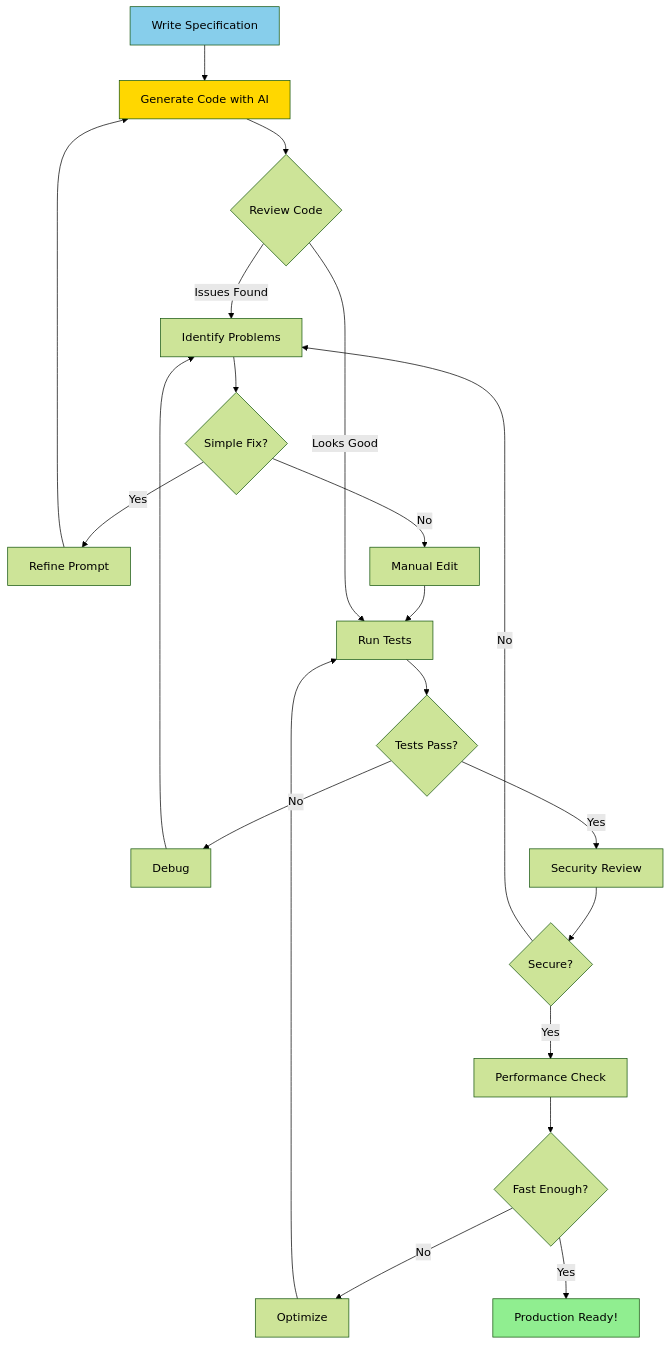
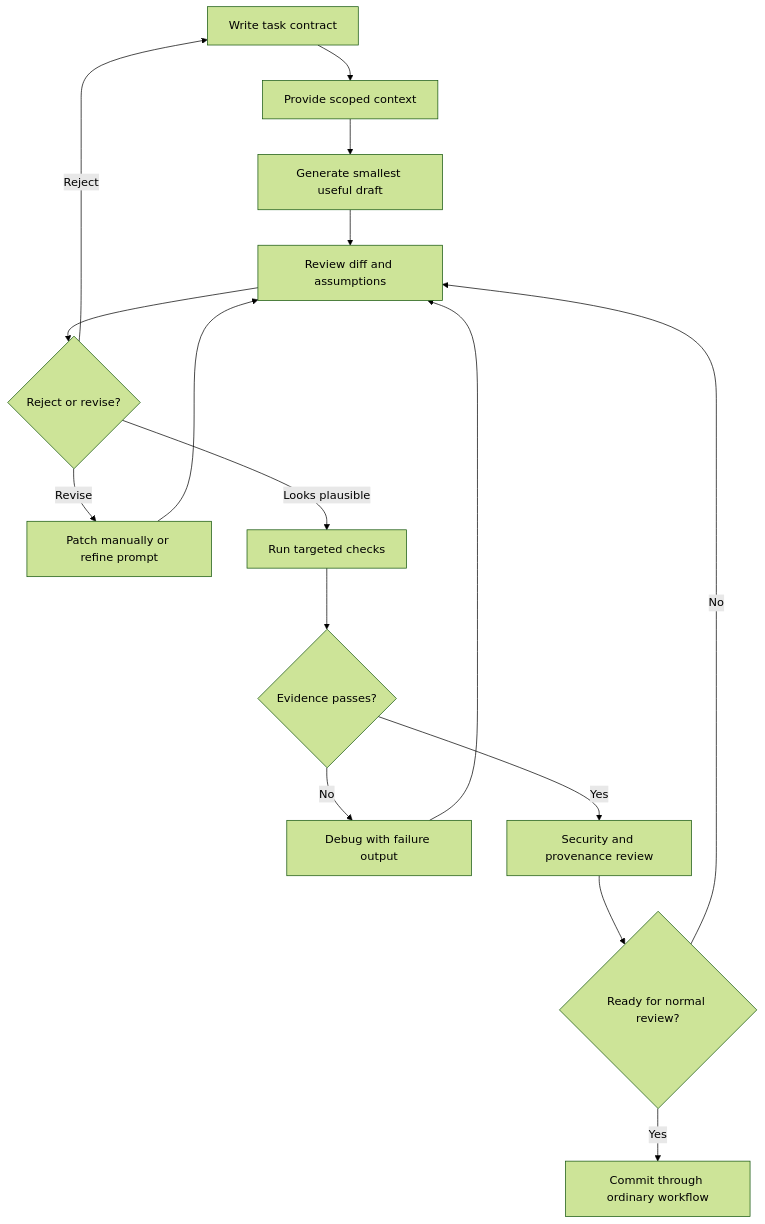
Before and after one commit to kube-dojo/kube-dojo: the diagram in src/content/docs/ai-ml-engineering/ai-native-development/module-1.7-ai-powered-code-generation.md, drawn with Mermaid (forest theme). The commit also changed other lines of this file and 9 other files, not shown here.

````diff
--- a/src/content/docs/ai-ml-engineering/ai-native-development/module-1.7-ai-powered-code-generation.md
+++ b/src/content/docs/ai-ml-engineering/ai-native-development/module-1.7-ai-powered-code-generation.md
@@ -157,27 +135,18 @@
 ```mermaid
 flowchart TD
-    A[Write Specification] --> B[Generate Code with AI]
-    B --> C{Review Code}
-    C -->|Issues Found| D[Identify Problems]
-    D --> E{Simple Fix?}
-    E -->|Yes| F[Refine Prompt]
-    E -->|No| G[Manual Edit]
-    F --> B
-    G --> H[Run Tests]
-    C -->|Looks Good| H
-    H --> I{Tests Pass?}
-    I -->|No| J[Debug]
-    J --> D
-    I -->|Yes| K[Security Review]
-    K --> L{Secure?}
-    L -->|No| D
-    L -->|Yes| M[Performance Check]
-    M --> N{Fast Enough?}
-    N -->|No| O[Optimize]
-    O --> H
-    N -->|Yes| P[Production Ready!]
-
-    style P fill:#90EE90
-    style A fill:#87CEEB
-    style B fill:#FFD700
+    A[Write task contract] --> B[Provide scoped context]
+    B --> C[Generate smallest useful draft]
+    C --> D[Review diff and assumptions]
+    D --> E{Reject or revise?}
+    E -->|Reject| A
+    E -->|Revise| F[Patch manually or refine prompt]
+    F --> D
+    E -->|Looks plausible| G[Run targeted checks]
+    G --> H{Evidence passes?}
+    H -->|No| I[Debug with failure output]
+    I --> D
+    H -->|Yes| J[Security and provenance review]
+    J --> K{Ready for normal review?}
+    K -->|No| D
+    K -->|Yes| L[Commit through ordinary workflow]
 ```
````
